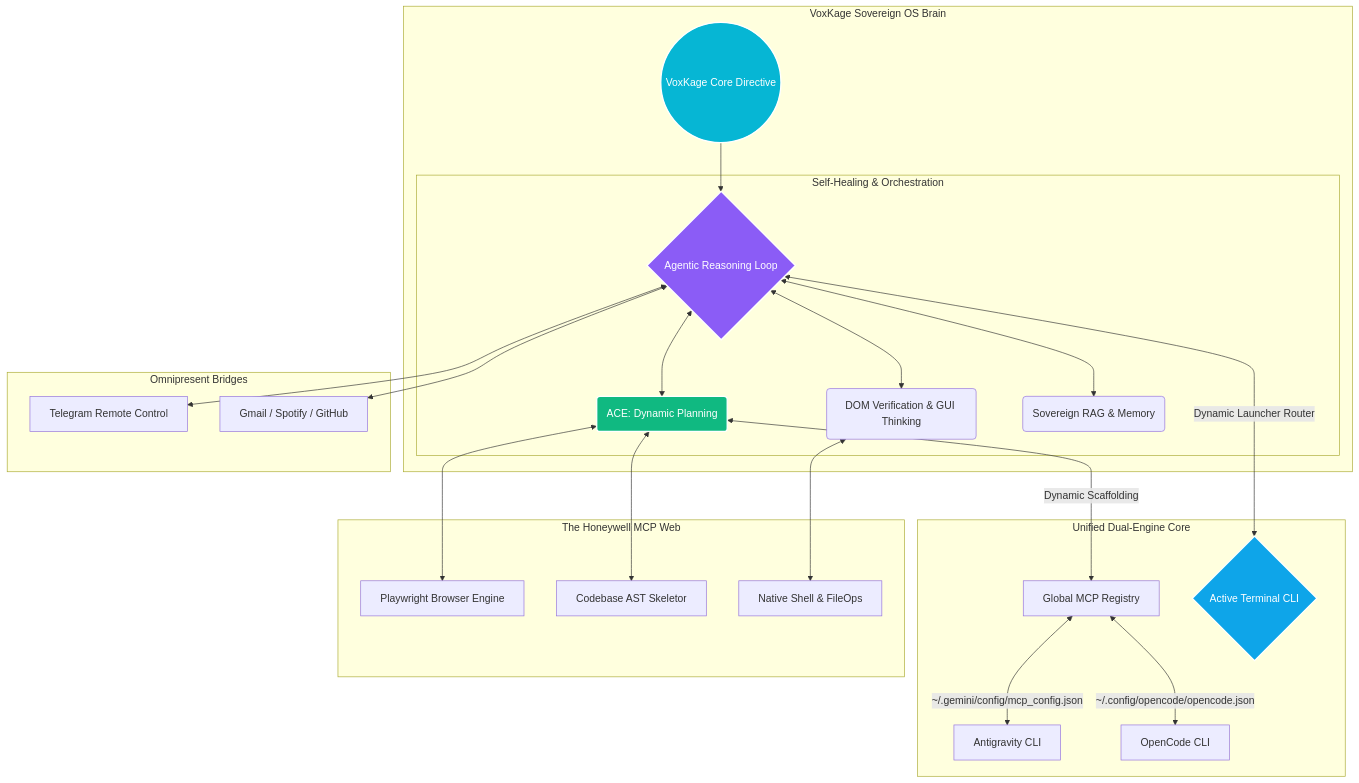
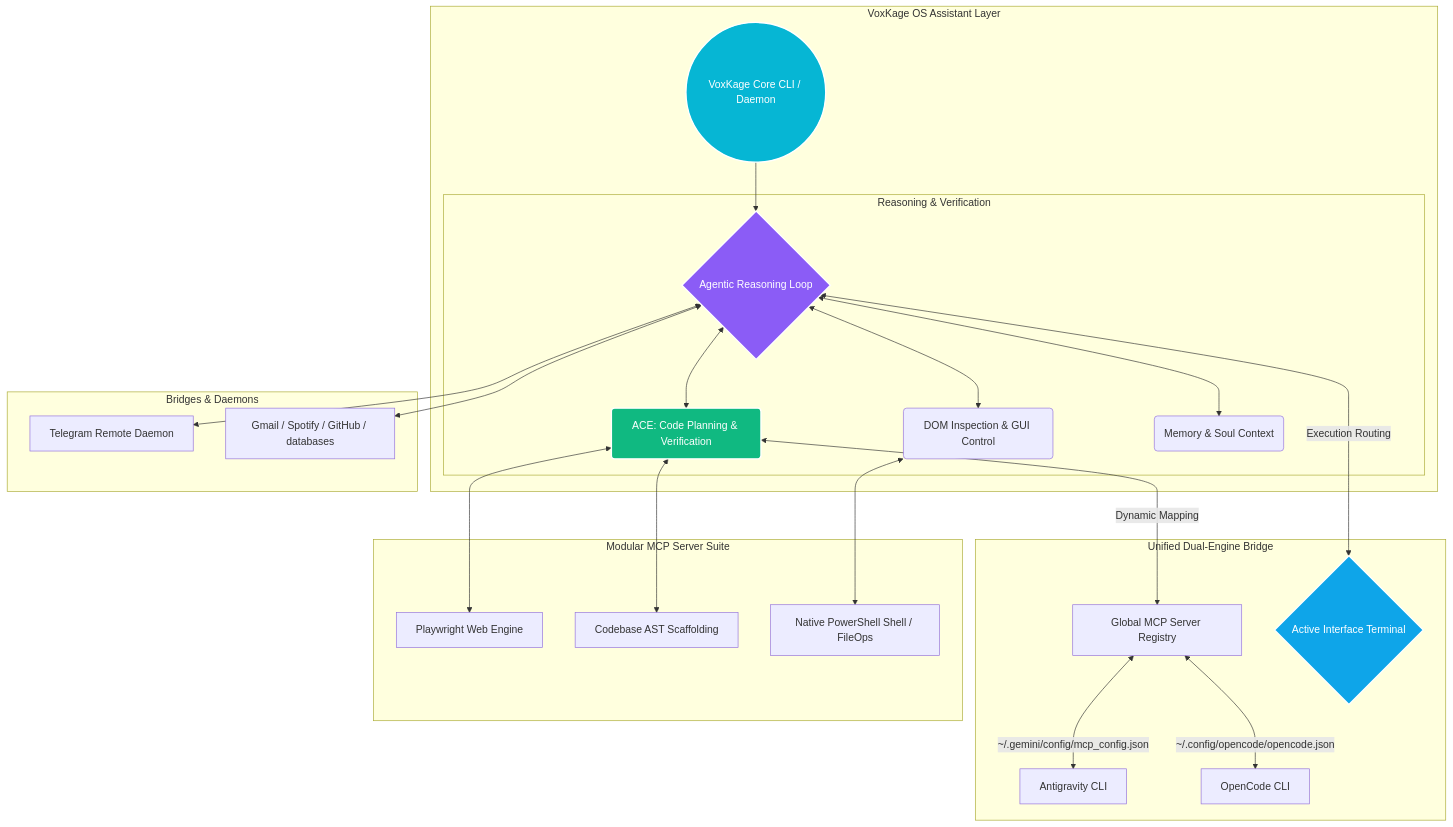
The diagram in README.md (ayushdwivedi001/VoxKage), drawn with Mermaid before and after one commit. The commit also changed other lines of this file, not shown here.

Commit message:
docs: professional readme update with comprehensive guide & plugin schema

````diff
--- a/README.md
+++ b/README.md
@@ -63,35 +54,35 @@
- ```mermaid
- graph TD
-     subgraph "VoxKage Sovereign OS Brain"
-         A((VoxKage Core Directive)) --> B{Agentic Reasoning Loop}
- 
-         subgraph "Self-Healing & Orchestration"
-             B <--> C(ACE: Dynamic Planning)
-             B <--> D(DOM Verification & GUI Thinking)
-             B <--> E(Sovereign RAG & Memory)
-         end
-     end
- 
-     subgraph "Unified Dual-Engine Core"
-         C <--> |Dynamic Scaffolding| F[Global MCP Registry]
-         F <--> |~/.gemini/config/mcp_config.json| G[Antigravity CLI]
-         F <--> |~/.config/opencode/opencode.json| H[OpenCode CLI]
-         B <--> |Dynamic Launcher Router| I{Active Terminal CLI}
-     end
- 
-     subgraph "The Honeywell MCP Web"
-         C <--> J[Playwright Browser Engine]
-         C <--> K[Codebase AST Skeletor]
-         D <--> L[Native Shell & FileOps]
-     end
- 
-     subgraph "Omnipresent Bridges"
-         B <--> M[Telegram Remote Control]
-         B <--> N[Gmail / Spotify / GitHub]
-     end
- 
-     style A fill:#06b6d4,stroke:#fff,stroke-width:2px,color:#fff
-     style B fill:#8b5cf6,stroke:#fff,stroke-width:2px,color:#fff
-     style C fill:#10b981,stroke:#fff,stroke-width:2px,color:#fff
-     style I fill:#0ea5e9,stroke:#fff,stroke-width:2px,color:#fff
- ```
+```mermaid
+graph TD
+    subgraph "VoxKage OS Assistant Layer"
+        A((VoxKage Core CLI / Daemon)) --> B{Agentic Reasoning Loop}
+
+        subgraph "Reasoning & Verification"
+            B <--> C(ACE: Code Planning & Verification)
+            B <--> D(DOM Inspection & GUI Control)
+            B <--> E(Memory & Soul Context)
+        end
+    end
+
+    subgraph "Unified Dual-Engine Bridge"
+        C <--> |Dynamic Mapping| F[Global MCP Server Registry]
+        F <--> |~/.gemini/config/mcp_config.json| G[Antigravity CLI]
+        F <--> |~/.config/opencode/opencode.json| H[OpenCode CLI]
+        B <--> |Execution Routing| I{Active Interface Terminal}
+    end
+
+    subgraph "Modular MCP Server Suite"
+        C <--> J[Playwright Web Engine]
+        C <--> K[Codebase AST Scaffolding]
+        D <--> L[Native PowerShell Shell / FileOps]
+    end
+
+    subgraph "Bridges & Daemons"
+        B <--> M[Telegram Remote Daemon]
+        B <--> N[Gmail / Spotify / GitHub / databases]
+    end
+
+    style A fill:#06b6d4,stroke:#fff,stroke-width:2px,color:#fff
+    style B fill:#8b5cf6,stroke:#fff,stroke-width:2px,color:#fff
+    style C fill:#10b981,stroke:#fff,stroke-width:2px,color:#fff
+    style I fill:#0ea5e9,stroke:#fff,stroke-width:2px,color:#fff
+```
````
